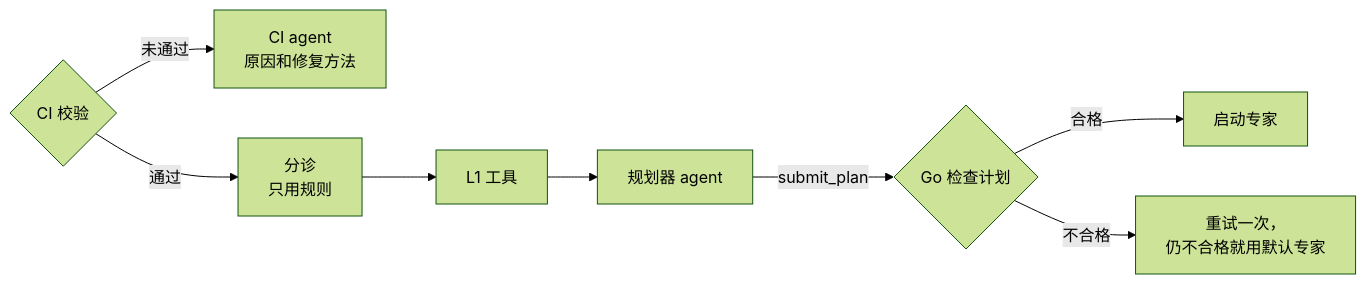
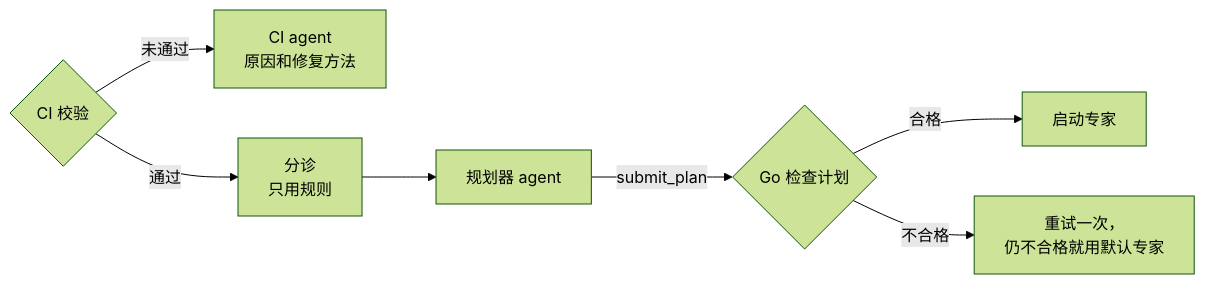
The diagram in docs/zh/PLANNER.md (Pleasurecruise/eyeful), drawn with Mermaid (forest theme) before and after one commit. The commit also changed other lines of this file and 86 other files, not shown here.

````diff
--- a/docs/zh/PLANNER.md
+++ b/docs/zh/PLANNER.md
@@ -5,10 +5,9 @@
 ```mermaid
 flowchart LR
     ci{"CI 校验"} -->|未通过| diagnose["CI agent<br/>原因和修复方法"]
     ci -->|通过| triage["分诊<br/>只用规则"]
-    triage --> tools["L1 工具"]
-    tools --> planner["规划器 agent"]
+    triage --> planner["规划器 agent"]
     planner -->|submit_plan| check{"Go 检查计划"}
     check -->|合格| run["启动专家"]
     check -->|不合格| retry["重试一次，<br/>仍不合格就用默认专家"]
 ```
````
